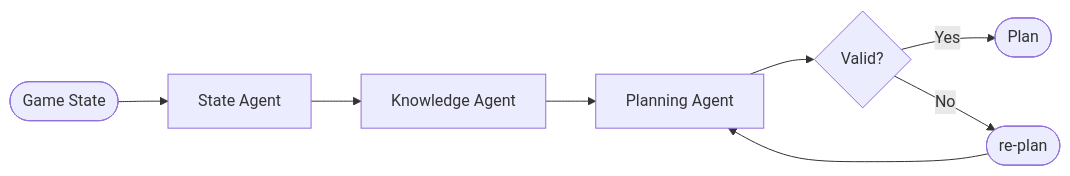
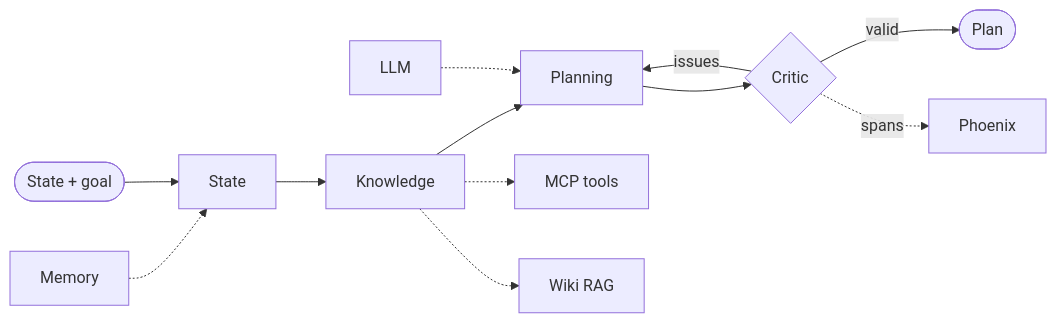
One commit to nebuchadneZZar01/termina-companion changed the first of 5 diagrams in docs/slides.md. Above: the diagram before and after it, drawn with Mermaid. The commit also changed other lines of this file and 10 other files, not shown here.

First line of the commit message:
feat(slides): rebuild the architecture pages and finish the deck

````diff
--- a/docs/slides.md
+++ b/docs/slides.md
@@ -160,12 +96,18 @@
 ```mermaid
 flowchart LR
-  gs([Game State]) --> sa[State Agent] --> ka[Knowledge Agent] --> pa[Planning Agent] --> d{Valid?}
-  d -->|Yes| plan([Plan])
-  d e_acc1@-->|No| rp([re-plan])
-  rp e_acc2@--> pa
-  class gs start;
+  mem[Memory] -.-> sa[State]
+  gs([State + goal]) --> sa
+  sa --> ka[Knowledge]
+  ka --> pa[Planning]
+  ka -.-> mcp["MCP tools"]
+  ka -.-> rag["Wiki RAG"]
+  llm[LLM] -.-> pa
+  pa --> cr{Critic}
+  cr -->|valid| plan([Plan])
+  cr -->|issues| pa
+  cr -.->|spans| phx[Phoenix]
+  class gs,plan start;
   class sa,ka,pa agent;
-  class d decision;
-  class plan plan;
-  class rp label;
+  class cr decision;
+  class mem,mcp,rag,llm,phx ext;
 ```
````
